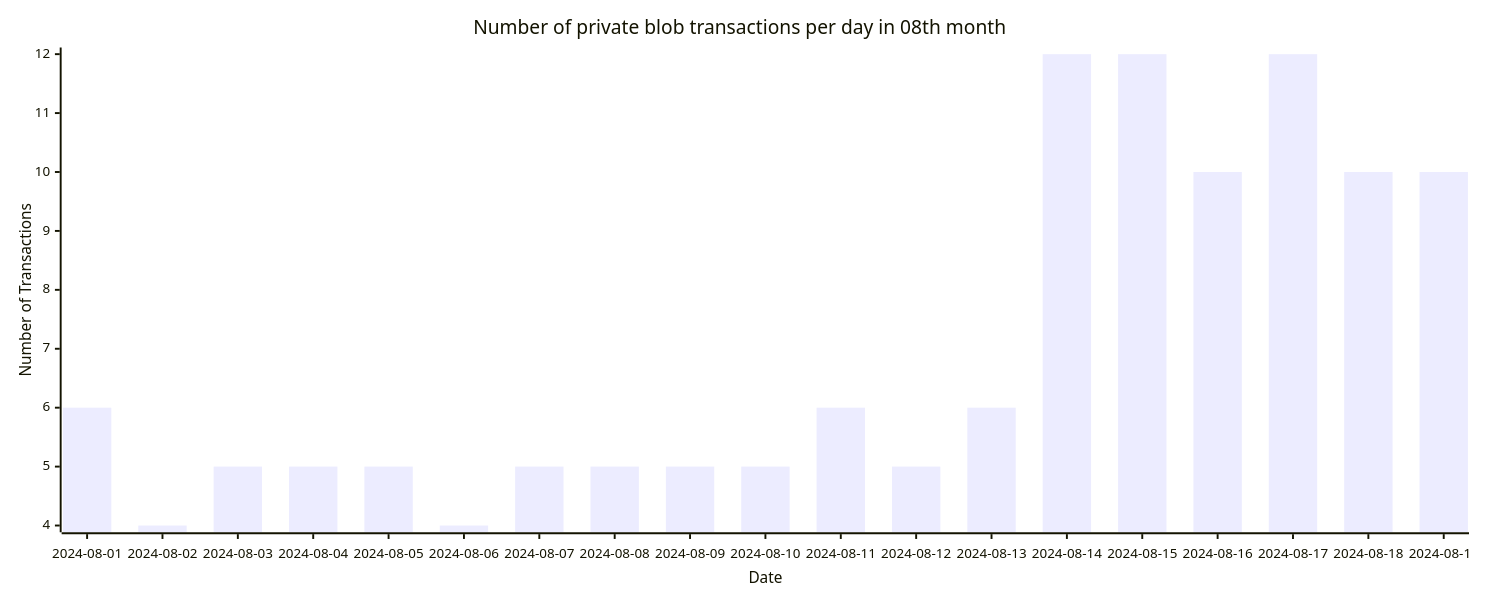
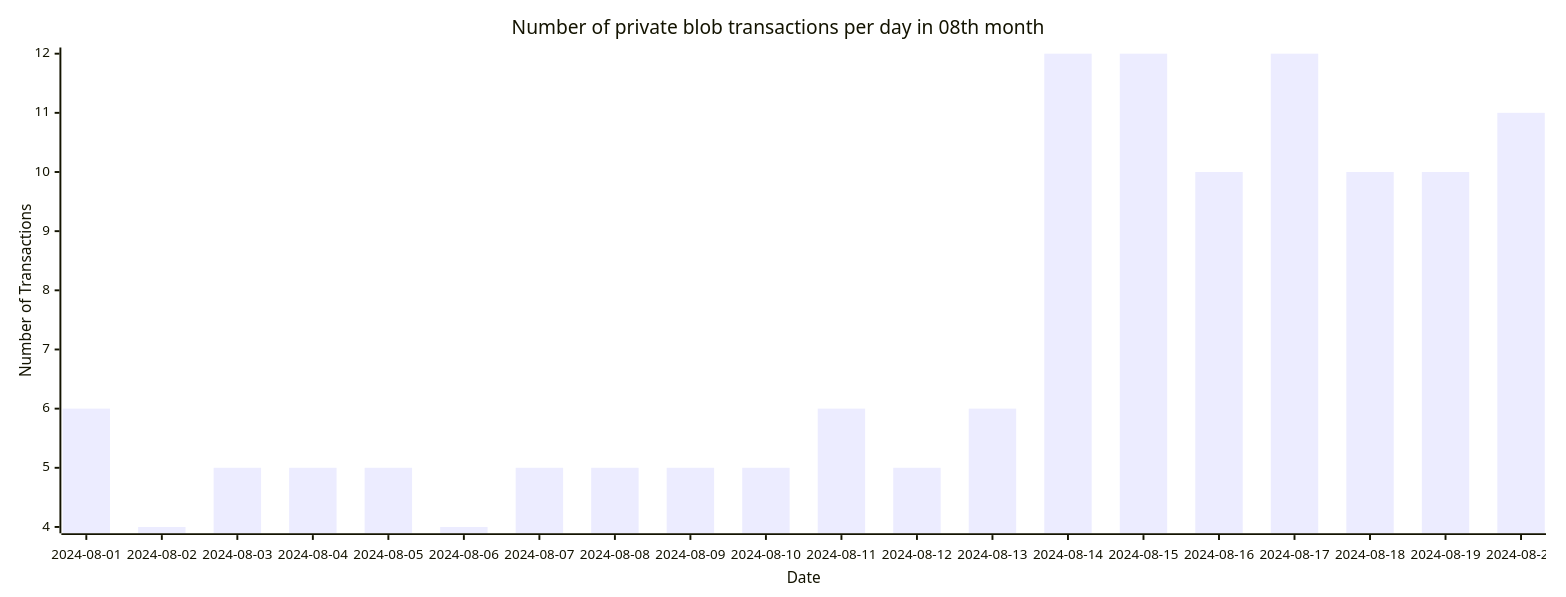
One commit to Amit0617/eip4844-data changed the sixth of 6 diagrams in README.md. Above: the diagram before and after it, drawn with Mermaid. The commit also changed 1 other file, not shown here.

````diff
--- a/README.md
+++ b/README.md
@@ -66,12 +66,12 @@
 ```mermaid
 ---
 config:
     xyChart:
-        width: 1520
+        width: 1600
         height: 600
 ---
 xychart-beta title "Number of private blob transactions per day in 08th month"
-x-axis "Date" [2024-08-01,2024-08-02,2024-08-03,2024-08-04,2024-08-05,2024-08-06,2024-08-07,2024-08-08,2024-08-09,2024-08-10,2024-08-11,2024-08-12,2024-08-13,2024-08-14,2024-08-15,2024-08-16,2024-08-17,2024-08-18,2024-08-19]
+x-axis "Date" [2024-08-01,2024-08-02,2024-08-03,2024-08-04,2024-08-05,2024-08-06,2024-08-07,2024-08-08,2024-08-09,2024-08-10,2024-08-11,2024-08-12,2024-08-13,2024-08-14,2024-08-15,2024-08-16,2024-08-17,2024-08-18,2024-08-19,2024-08-20]
 y-axis "Number of Transactions"
-bar[6,4,5,5,5,4,5,5,5,5,6,5,6,12,12,10,12,10,10]
+bar[6,4,5,5,5,4,5,5,5,5,6,5,6,12,12,10,12,10,10,11]
 ```
````
